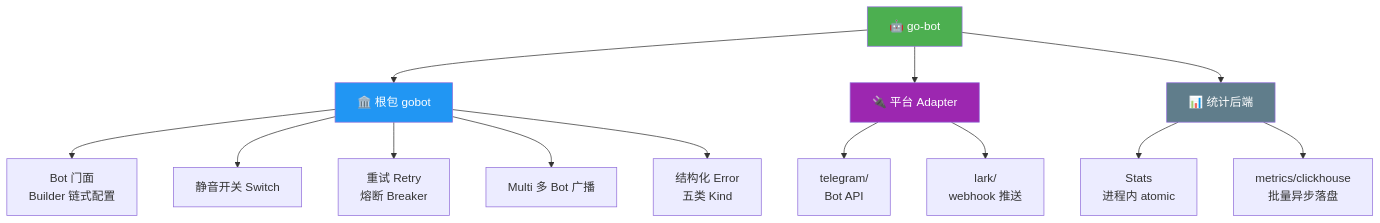
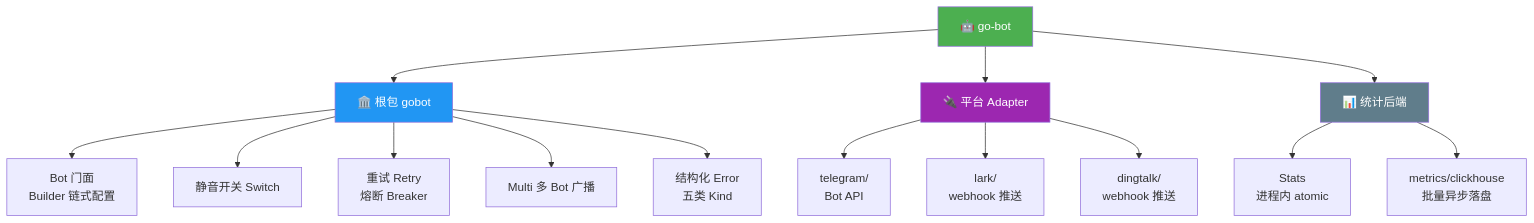
The diagram in README.md (kamalyes/go-bot), drawn with Mermaid before and after one commit. The commit also changed other lines of this file, not shown here.

````diff
--- a/README.md
+++ b/README.md
@@ -43,23 +40,24 @@
 ```mermaid
 graph TB
     A["🤖 go-bot"] --> B["🏛️ 根包 gobot"]
     A --> C["🔌 平台 Adapter"]
     A --> D["📊 统计后端"]
 
     B --> B1["Bot 门面<br/>Builder 链式配置"]
     B --> B2["静音开关 Switch"]
     B --> B3["重试 Retry<br/>熔断 Breaker"]
     B --> B4["Multi 多 Bot 广播"]
     B --> B5["结构化 Error<br/>五类 Kind"]
 
     C --> C1["telegram/<br/>Bot API"]
     C --> C2["lark/<br/>webhook 推送"]
+    C --> C3["dingtalk/<br/>webhook 推送"]
 
     D --> D1["Stats<br/>进程内 atomic"]
     D --> D2["metrics/clickhouse<br/>批量异步落盘"]
 
     style A fill:#4CAF50,color:#fff
     style B fill:#2196F3,color:#fff
     style C fill:#9C27B0,color:#fff
     style D fill:#607D8B,color:#fff
 ```
````
